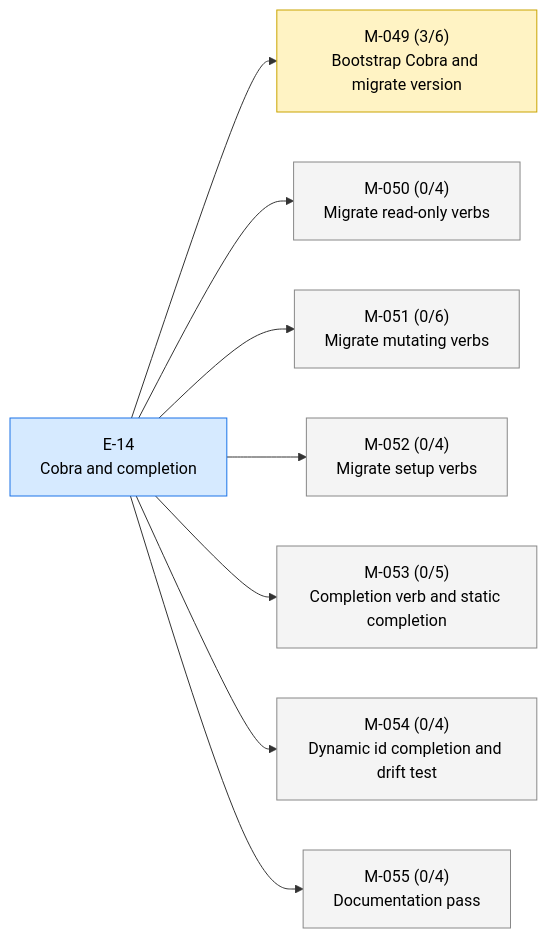
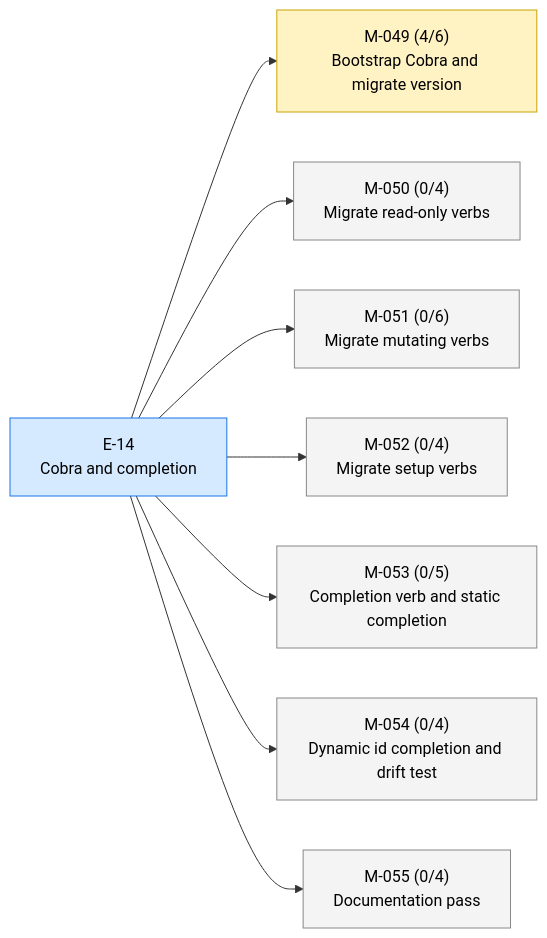
Before and after one commit to 23min/aiwf: the first of 2 diagrams in STATUS.md, drawn with Mermaid. The commit also changed other lines of this file and 1 other file, not shown here.

````diff
--- a/STATUS.md
+++ b/STATUS.md
@@ -17,24 +17,24 @@
 ```mermaid
 flowchart LR
   E_14["E-14<br/>Cobra and completion"]:::epic_active
-  M_049["M-049 (3/6)<br/>Bootstrap Cobra and migrate version"]:::ms_in_progress
+  M_049["M-049 (4/6)<br/>Bootstrap Cobra and migrate version"]:::ms_in_progress
   E_14 --> M_049
   M_050["M-050 (0/4)<br/>Migrate read-only verbs"]:::ms_draft
   E_14 --> M_050
   M_051["M-051 (0/6)<br/>Migrate mutating verbs"]:::ms_draft
   E_14 --> M_051
   M_052["M-052 (0/4)<br/>Migrate setup verbs"]:::ms_draft
   E_14 --> M_052
   M_053["M-053 (0/5)<br/>Completion verb and static completion"]:::ms_draft
   E_14 --> M_053
   M_054["M-054 (0/4)<br/>Dynamic id completion and drift test"]:::ms_draft
   E_14 --> M_054
   M_055["M-055 (0/4)<br/>Documentation pass"]:::ms_draft
   E_14 --> M_055
   classDef epic_active fill:#d6eaff,stroke:#1a73e8,color:#000
   classDef epic_proposed fill:#f4f4f4,stroke:#888,color:#000
   classDef ms_done fill:#d8f5d8,stroke:#2a8a2a,color:#000
   classDef ms_in_progress fill:#fff3c4,stroke:#caa400,color:#000
   classDef ms_draft fill:#f4f4f4,stroke:#888,color:#000
   classDef ms_cancelled fill:#fbeaea,stroke:#c33,color:#000
 ```
````
